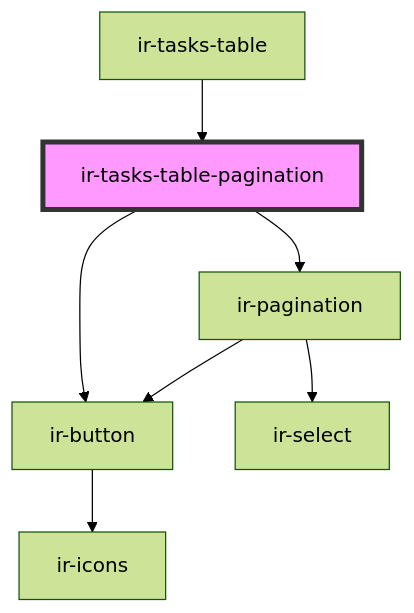
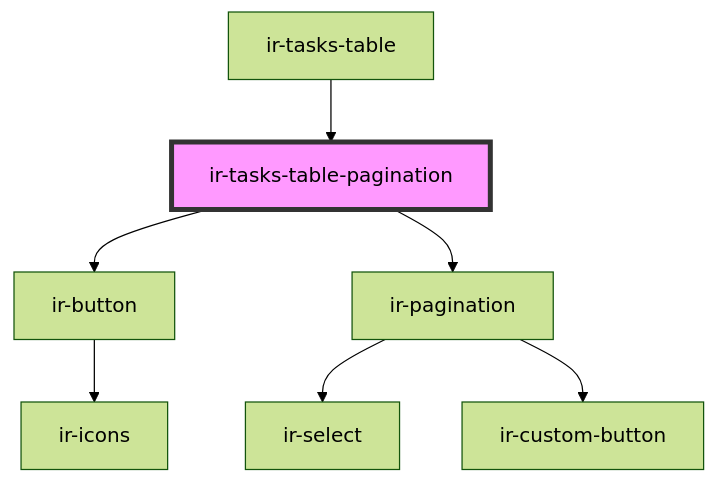
The diagram in src/components/ir-housekeeping/ir-hk-tasks/ir-tasks-table/ir-tasks-table-pagination/readme.md (David1Chowaifaty/modified-ir-webcmp), drawn with Mermaid (forest theme) before and after one commit. The commit also changed 77 other files, not shown here.

````diff
--- a/src/components/ir-housekeeping/ir-hk-tasks/ir-tasks-table/ir-tasks-table-pagination/readme.md
+++ b/src/components/ir-housekeeping/ir-hk-tasks/ir-tasks-table/ir-tasks-table-pagination/readme.md
@@ -20,10 +20,10 @@
 ```mermaid
 graph TD;
   ir-tasks-table-pagination --> ir-button
   ir-tasks-table-pagination --> ir-pagination
   ir-button --> ir-icons
   ir-pagination --> ir-select
-  ir-pagination --> ir-button
+  ir-pagination --> ir-custom-button
   ir-tasks-table --> ir-tasks-table-pagination
   style ir-tasks-table-pagination fill:#f9f,stroke:#333,stroke-width:4px
 ```
````
